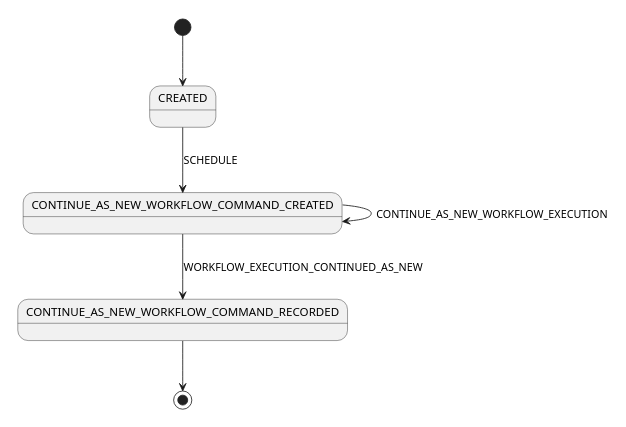
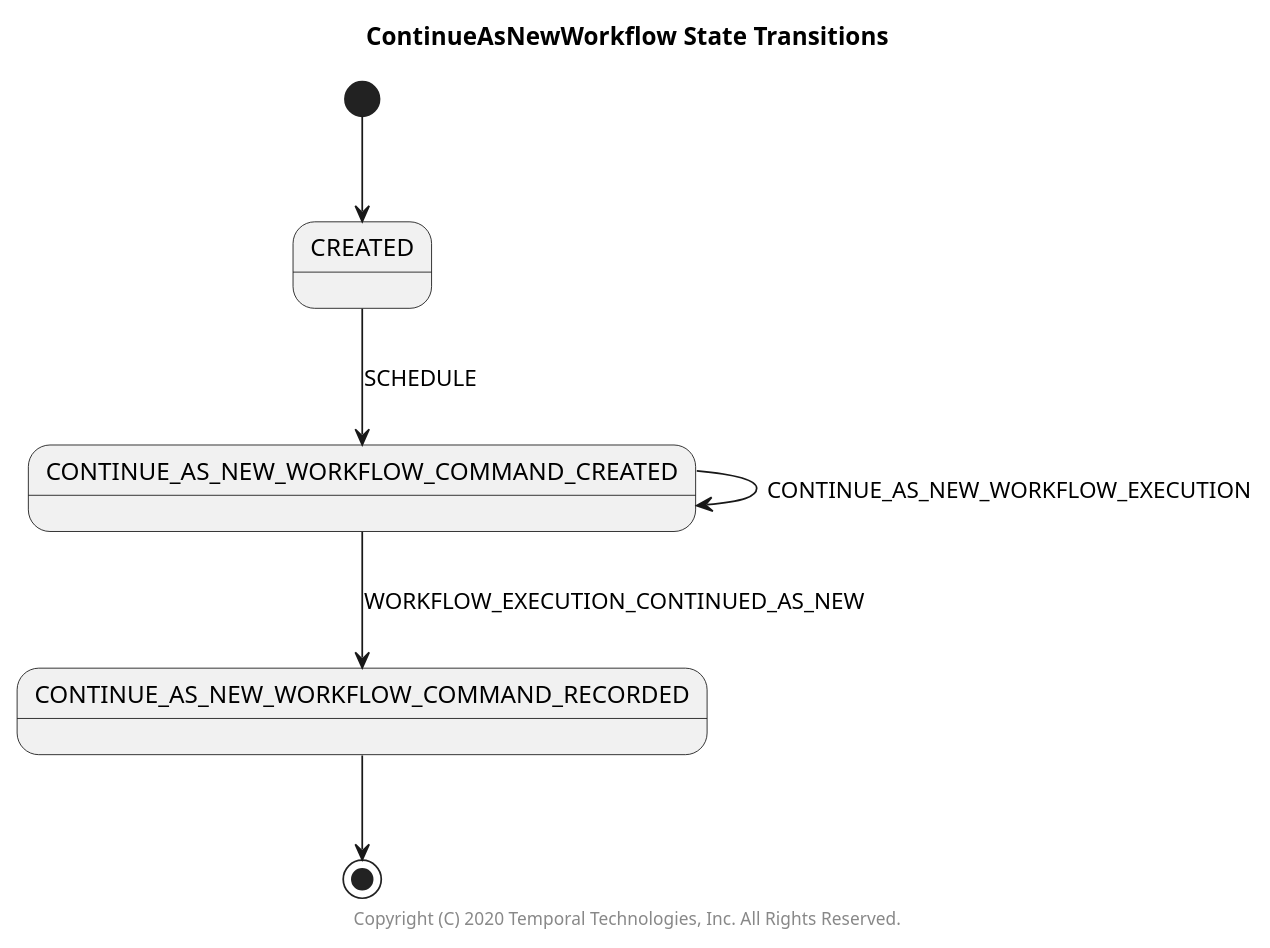
Before and after one commit to temporalio/sdk-java: the diagram in src/main/java/io/temporal/internal/statemachines/ContinueAsNewWorkflowStateMachine.puml, drawn with PlantUML. The commit also changed 17 other files, not shown here.

```diff
--- a/src/main/java/io/temporal/internal/statemachines/ContinueAsNewWorkflowStateMachine.puml
+++ b/src/main/java/io/temporal/internal/statemachines/ContinueAsNewWorkflowStateMachine.puml
@@ -23,8 +23,10 @@
 @startuml
-scale 350 width
+title ContinueAsNewWorkflow State Transitions
+
 [*] --> CREATED
 CONTINUE_AS_NEW_WORKFLOW_COMMAND_CREATED --> CONTINUE_AS_NEW_WORKFLOW_COMMAND_CREATED: CONTINUE_AS_NEW_WORKFLOW_EXECUTION
 CONTINUE_AS_NEW_WORKFLOW_COMMAND_CREATED --> CONTINUE_AS_NEW_WORKFLOW_COMMAND_RECORDED: WORKFLOW_EXECUTION_CONTINUED_AS_NEW
 CREATED --> CONTINUE_AS_NEW_WORKFLOW_COMMAND_CREATED: SCHEDULE
 CONTINUE_AS_NEW_WORKFLOW_COMMAND_RECORDED --> [*]
+center footer Copyright (C) 2020 Temporal Technologies, Inc. All Rights Reserved.
 @enduml
```
